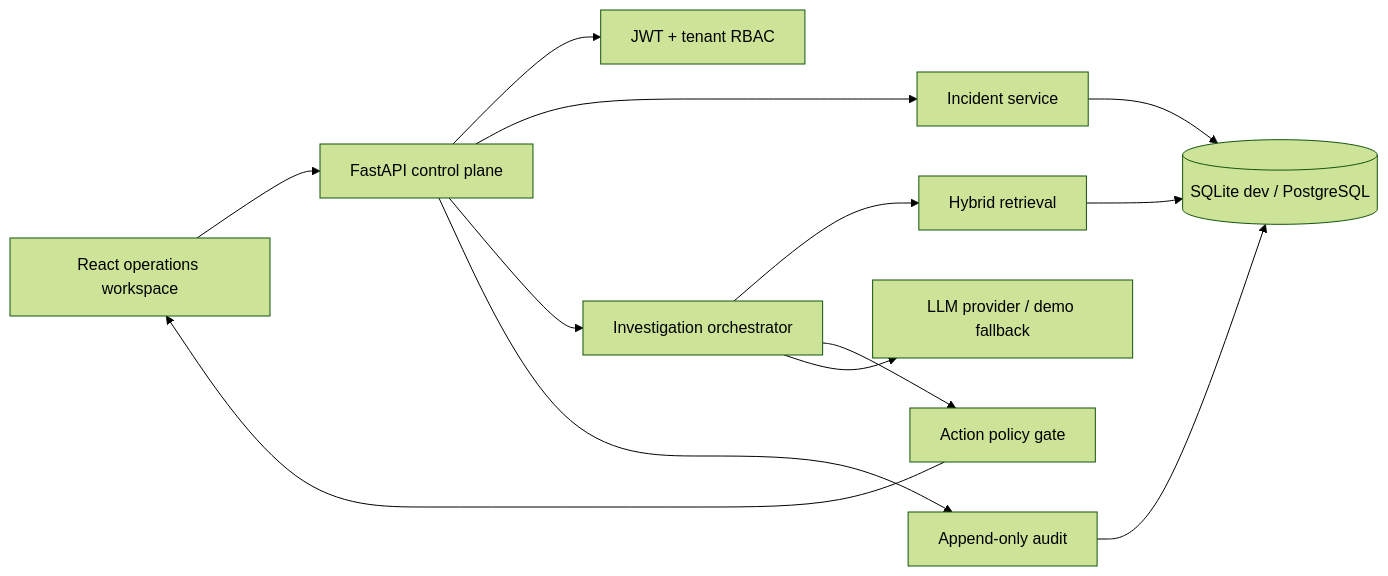
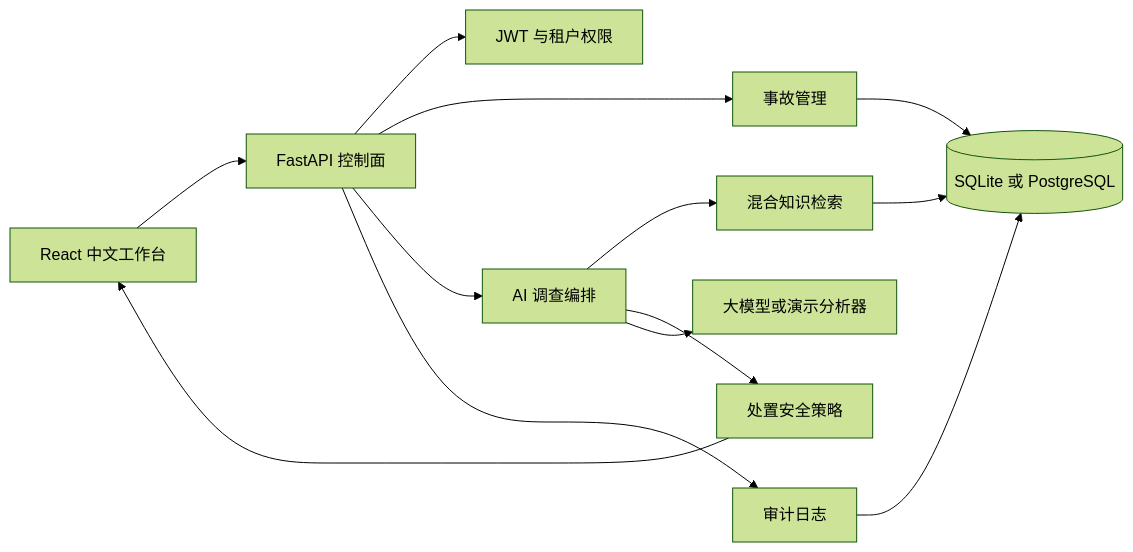
One commit to VKanee/opsmind-ai changed the diagram in README.md. Above: the diagram before and after it, drawn with Mermaid (forest theme). The commit also changed other lines of this file and 63 other files, not shown here.

````diff
--- a/README.md
+++ b/README.md
@@ -82,15 +266,15 @@
 ```mermaid
 flowchart LR
-    UI[React operations workspace] --> API[FastAPI control plane]
-    API --> AUTH[JWT + tenant RBAC]
-    API --> INC[Incident service]
-    API --> INV[Investigation orchestrator]
-    API --> AUD[Append-only audit]
-    INV --> RET[Hybrid retrieval]
-    INV --> POL[Action policy gate]
-    INV --> LLM[LLM provider / demo fallback]
-    RET --> DB[(SQLite dev / PostgreSQL)]
+    UI[React 中文工作台] --> API[FastAPI 控制面]
+    API --> AUTH[JWT 与租户权限]
+    API --> INC[事故管理]
+    API --> INV[AI 调查编排]
+    API --> AUD[审计日志]
+    INV --> RET[混合知识检索]
+    INV --> POL[处置安全策略]
+    INV --> LLM[大模型或演示分析器]
+    RET --> DB[(SQLite 或 PostgreSQL)]
     INC --> DB
     AUD --> DB
     POL --> UI
 ```
````
